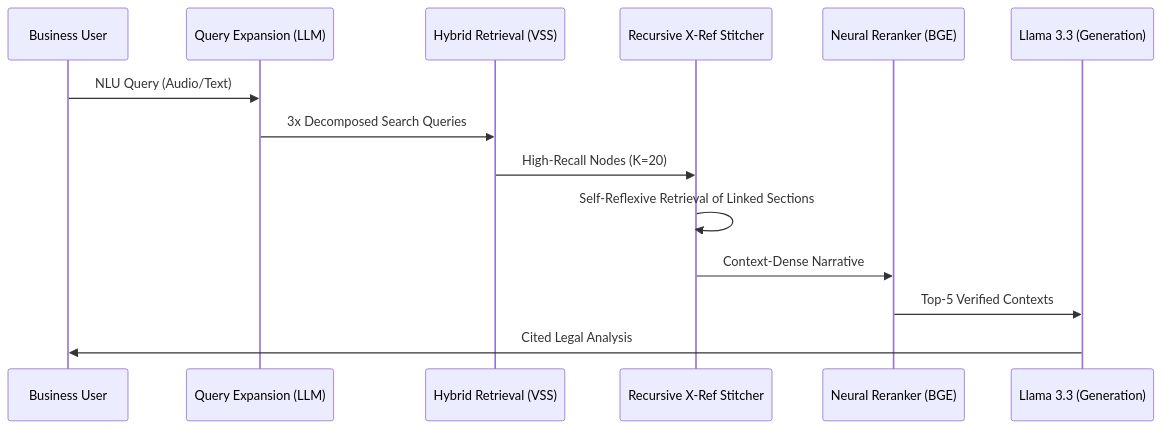
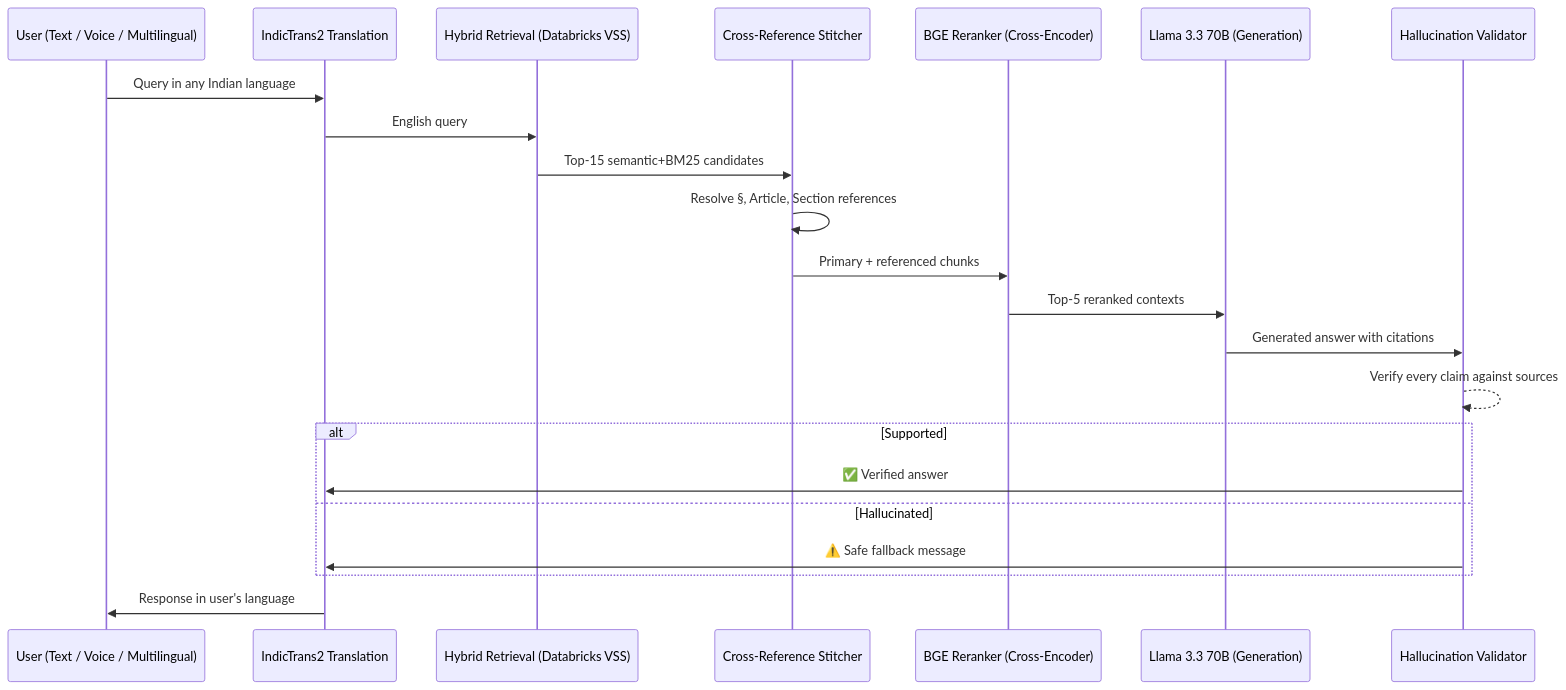
The second of 2 diagrams in README.md (hardikhazari/ArthaNeeti), drawn with Mermaid before and after one commit. The commit also changed other lines of this file, not shown here.

Commit message:
Rewrite README with detailed problem statement, architecture, file structure, and deployment guide

````diff
--- a/README.md
+++ b/README.md
@@ -91,17 +98,25 @@
 ```mermaid
 sequenceDiagram
-    participant U as Business User
-    participant E as Query Expansion (LLM)
-    participant R as Hybrid Retrieval (VSS)
-    participant S as Recursive X-Ref Stitcher
-    participant K as Neural Reranker (BGE)
-    participant L as Llama 3.3 (Generation)
+    participant U as User (Text / Voice / Multilingual)
+    participant T as IndicTrans2 Translation
+    participant R as Hybrid Retrieval (Databricks VSS)
+    participant X as Cross-Reference Stitcher
+    participant K as BGE Reranker (Cross-Encoder)
+    participant L as Llama 3.3 70B (Generation)
+    participant H as Hallucination Validator
 
-    U->>E: NLU Query (Audio/Text)
-    E->>R: 3x Decomposed Search Queries
-    R->>S: High-Recall Nodes (K=20)
-    S->>S: Self-Reflexive Retrieval of Linked Sections
-    S->>K: Context-Dense Narrative
-    K->>L: Top-5 Verified Contexts
-    L->>U: Cited Legal Analysis
+    U->>T: Query in any Indian language
+    T->>R: English query
+    R->>X: Top-15 semantic+BM25 candidates
+    X->>X: Resolve §, Article, Section references
+    X->>K: Primary + referenced chunks
+    K->>L: Top-5 reranked contexts
+    L->>H: Generated answer with citations
+    H-->>H: Verify every claim against sources
+    alt Supported
+        H->>T: ✅ Verified answer
+    else Hallucinated
+        H->>T: ⚠️ Safe fallback message
+    end
+    T->>U: Response in user's language
 ```
````
